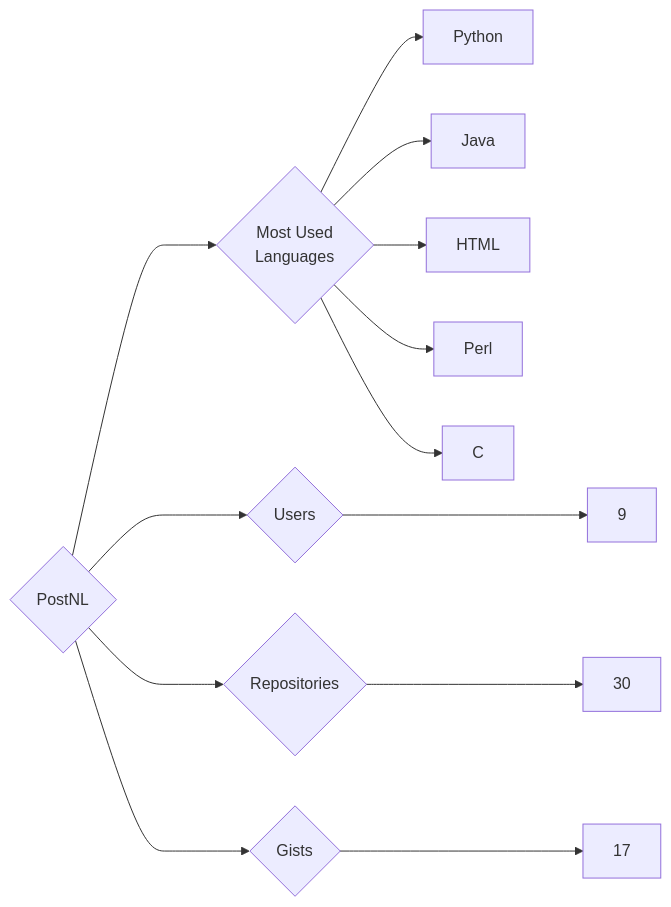
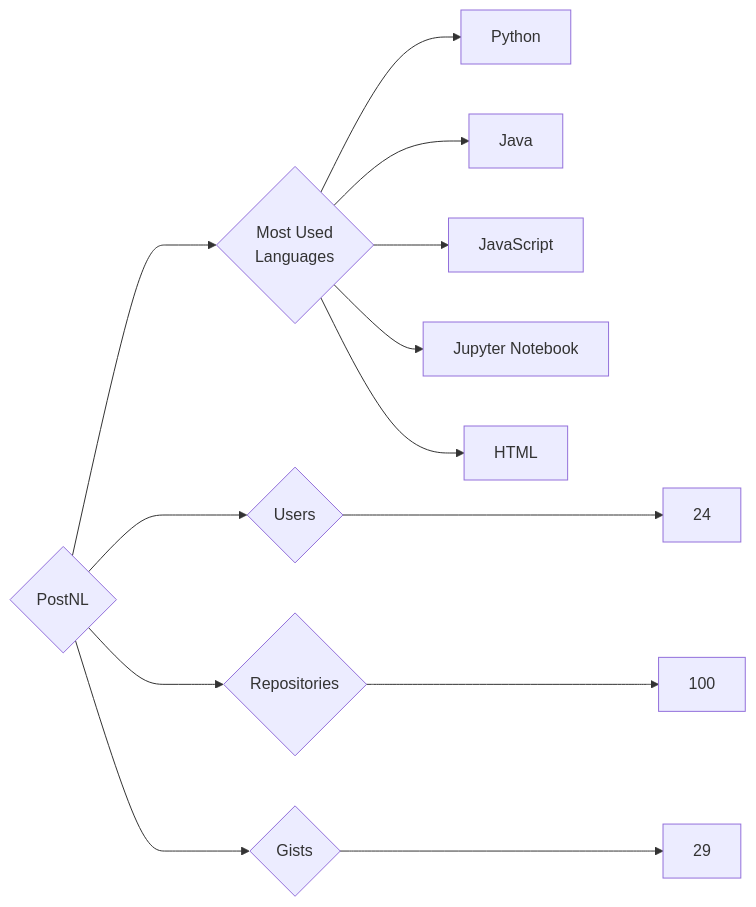
The diagram in targets/PostNL/README.md (trickest/insiders), drawn with Mermaid before and after one commit. The commit also changed 948 other files, not shown here.

````diff
--- a/targets/PostNL/README.md
+++ b/targets/PostNL/README.md
@@ -3,13 +3,13 @@
 ```mermaid
 graph LR
 COMPANY_NAME{PostNL}
-COMPANY_NAME ---> U{Users} ---> UN[9]
-COMPANY_NAME ---> R{Repositories} ---> RN[30]
-COMPANY_NAME ---> G{Gists} ---> GN[17]
+COMPANY_NAME ---> U{Users} ---> UN[24]
+COMPANY_NAME ---> R{Repositories} ---> RN[100]
+COMPANY_NAME ---> G{Gists} ---> GN[29]
 COMPANY_NAME ---> ML{Most Used<br>Languages}
 ML --> Python[Python]
 ML --> Java[Java]
+ML --> JavaScript[JavaScript]
+ML --> Jupyter_Notebook[Jupyter Notebook]
 ML --> HTML[HTML]
-ML --> Perl[Perl]
-ML --> C[C]
 ```
````
